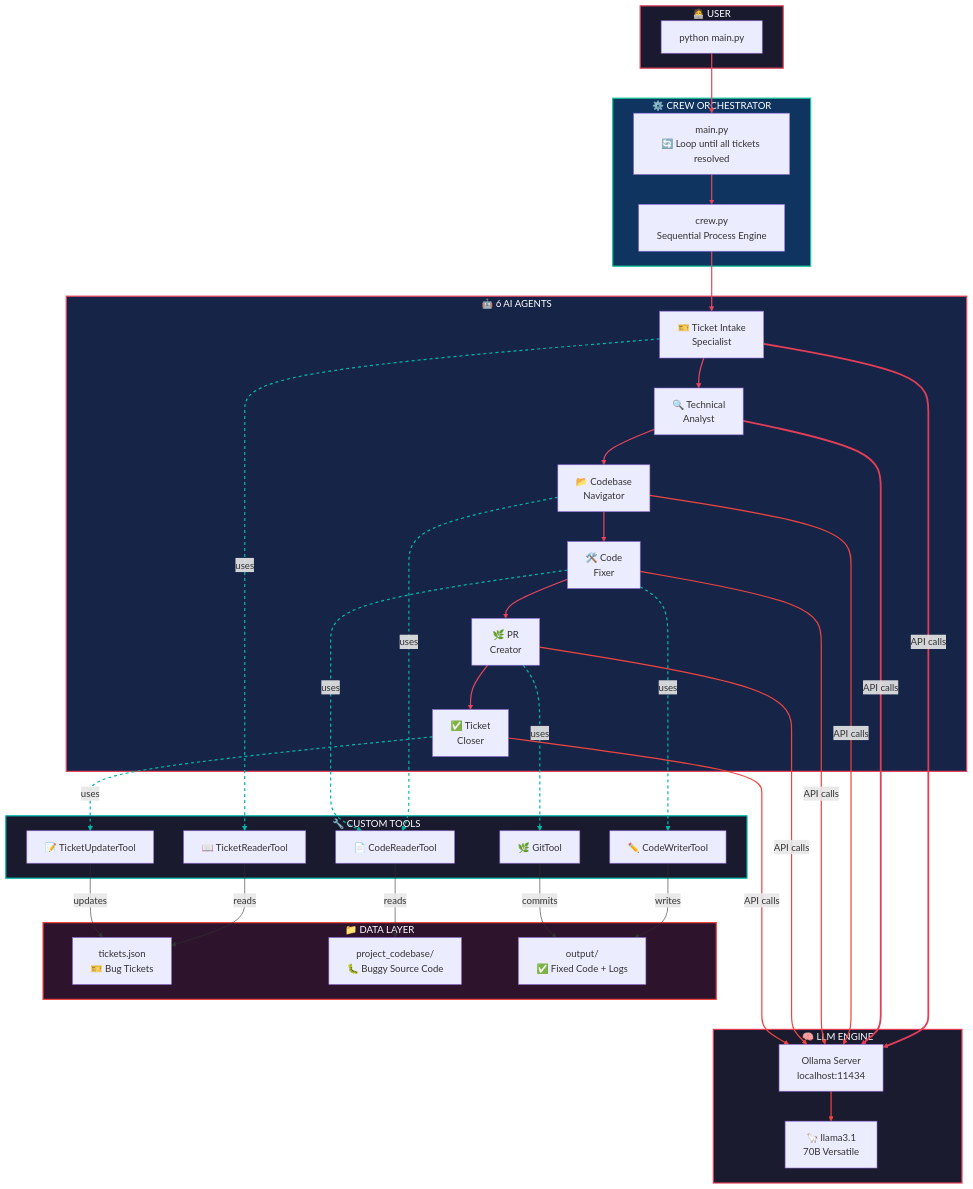
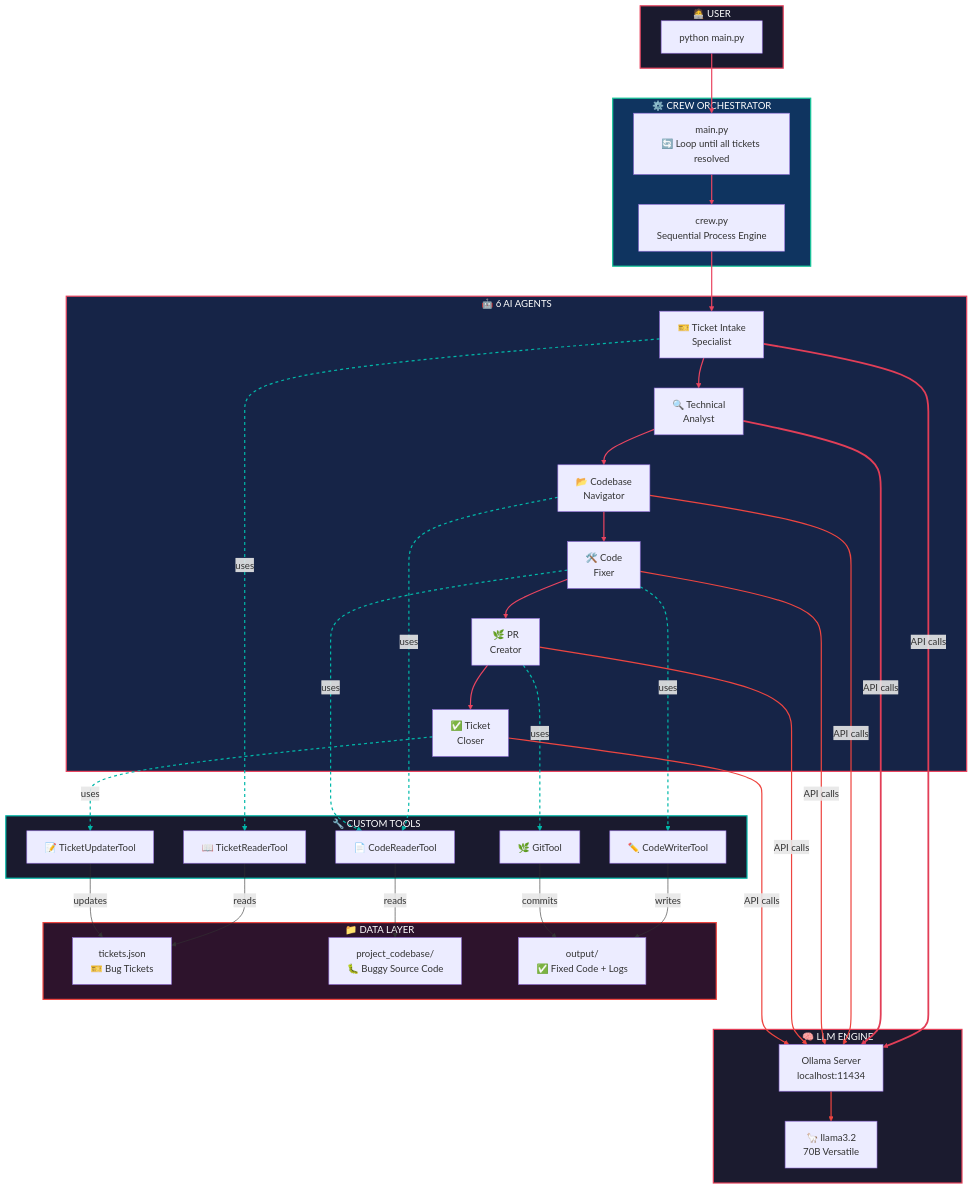
One commit to sai-krishna-akkala/jira_ticket_solver_crewai changed the first of 2 diagrams in README.md. Above: the diagram before and after it, drawn with Mermaid. The commit also changed other lines of this file, not shown here.

Commit message:
llama version change

````diff
--- a/README.md
+++ b/README.md
@@ -36,71 +36,71 @@
 ```mermaid
 graph TB
     subgraph USER["🧑‍💻 USER"]
         style USER fill:#1a1a2e,stroke:#e94560,color:#fff,stroke-width:2px
         RUN["python main.py"]
     end
 
     subgraph ORCHESTRATOR["⚙️ CREW ORCHESTRATOR"]
         style ORCHESTRATOR fill:#0f3460,stroke:#16c79a,color:#fff,stroke-width:2px
         MAIN["main.py<br/>🔄 Loop until all tickets resolved"]
         CREW["crew.py<br/>Sequential Process Engine"]
     end
 
     subgraph AGENTS["🤖 6 AI AGENTS"]
         style AGENTS fill:#162447,stroke:#e94560,color:#fff,stroke-width:2px
         A1["🎫 Ticket Intake<br/>Specialist"]
         A2["🔍 Technical<br/>Analyst"]
         A3["📂 Codebase<br/>Navigator"]
         A4["🛠️ Code<br/>Fixer"]
         A5["🌿 PR<br/>Creator"]
         A6["✅ Ticket<br/>Closer"]
     end
 
     subgraph LLM["🧠 LLM ENGINE"]
         style LLM fill:#1b1b2f,stroke:#e23e57,color:#fff,stroke-width:2px
         OLLAMA["Ollama Server<br/>localhost:11434"]
-        LLAMA["🦙 llama3.1<br/>70B Versatile"]
+        LLAMA["🦙 llama3.2<br/>70B Versatile"]
     end
 
     subgraph TOOLS["🔧 CUSTOM TOOLS"]
         style TOOLS fill:#1a1a2e,stroke:#00b8a9,color:#fff,stroke-width:2px
         T1["📖 TicketReaderTool"]
         T2["📄 CodeReaderTool"]
         T3["✏️ CodeWriterTool"]
         T4["🌿 GitTool"]
         T5["📝 TicketUpdaterTool"]
     end
 
     subgraph DATA["📁 DATA LAYER"]
         style DATA fill:#2d132c,stroke:#ee4540,color:#fff,stroke-width:2px
         TICKETS["tickets.json<br/>🎫 Bug Tickets"]
         CODEBASE["project_codebase/<br/>🐛 Buggy Source Code"]
         OUTPUT["output/<br/>✅ Fixed Code + Logs"]
     end
 
     RUN --> MAIN
     MAIN --> CREW
     CREW --> A1 --> A2 --> A3 --> A4 --> A5 --> A6
 
     A1 -.->|uses| T1
     A3 -.->|uses| T2
     A4 -.->|uses| T2
     A4 -.->|uses| T3
     A5 -.->|uses| T4
     A6 -.->|uses| T5
 
     A1 & A2 & A3 & A4 & A5 & A6 ====>|API calls| OLLAMA
     OLLAMA --> LLAMA
 
     T1 -->|reads| TICKETS
     T2 -->|reads| CODEBASE
     T3 -->|writes| OUTPUT
     T4 -->|commits| OUTPUT
     T5 -->|updates| TICKETS
 
     linkStyle 0,1,2,3,4,5,6,7 stroke:#e94560,stroke-width:2px
     linkStyle 8,9,10,11,12,13 stroke:#00b8a9,stroke-width:2px,stroke-dasharray:5
     linkStyle 14 stroke:#e23e57,stroke-width:3px
     linkStyle 15 stroke:#e23e57,stroke-width:3px
     linkStyle 16,17,18,19,20 stroke:#ee4540,stroke-width:2px
 ```
````
